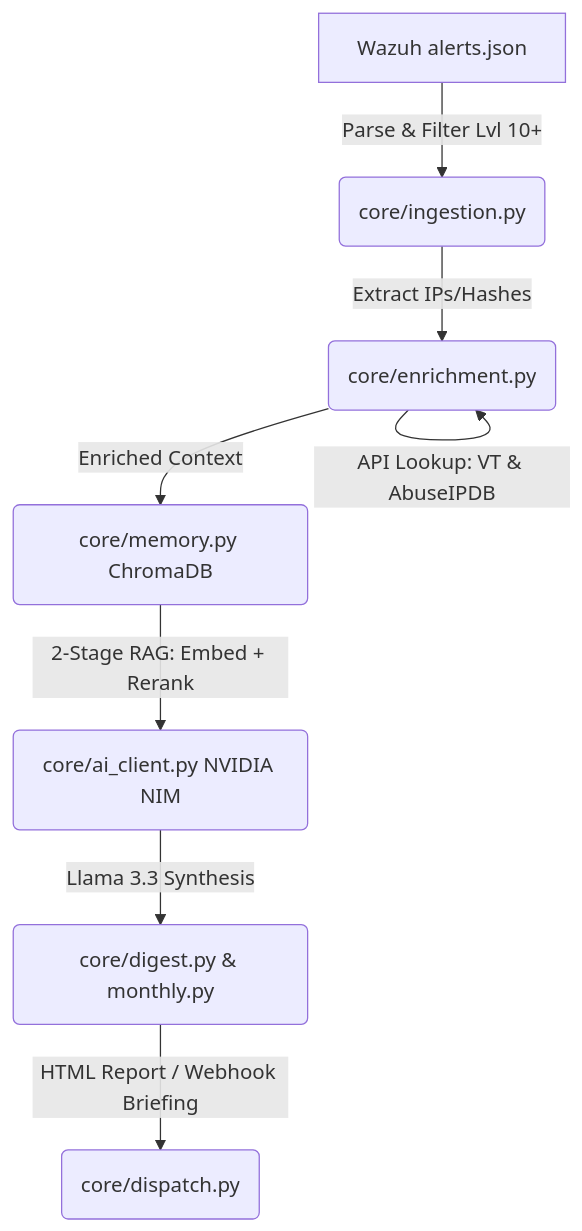
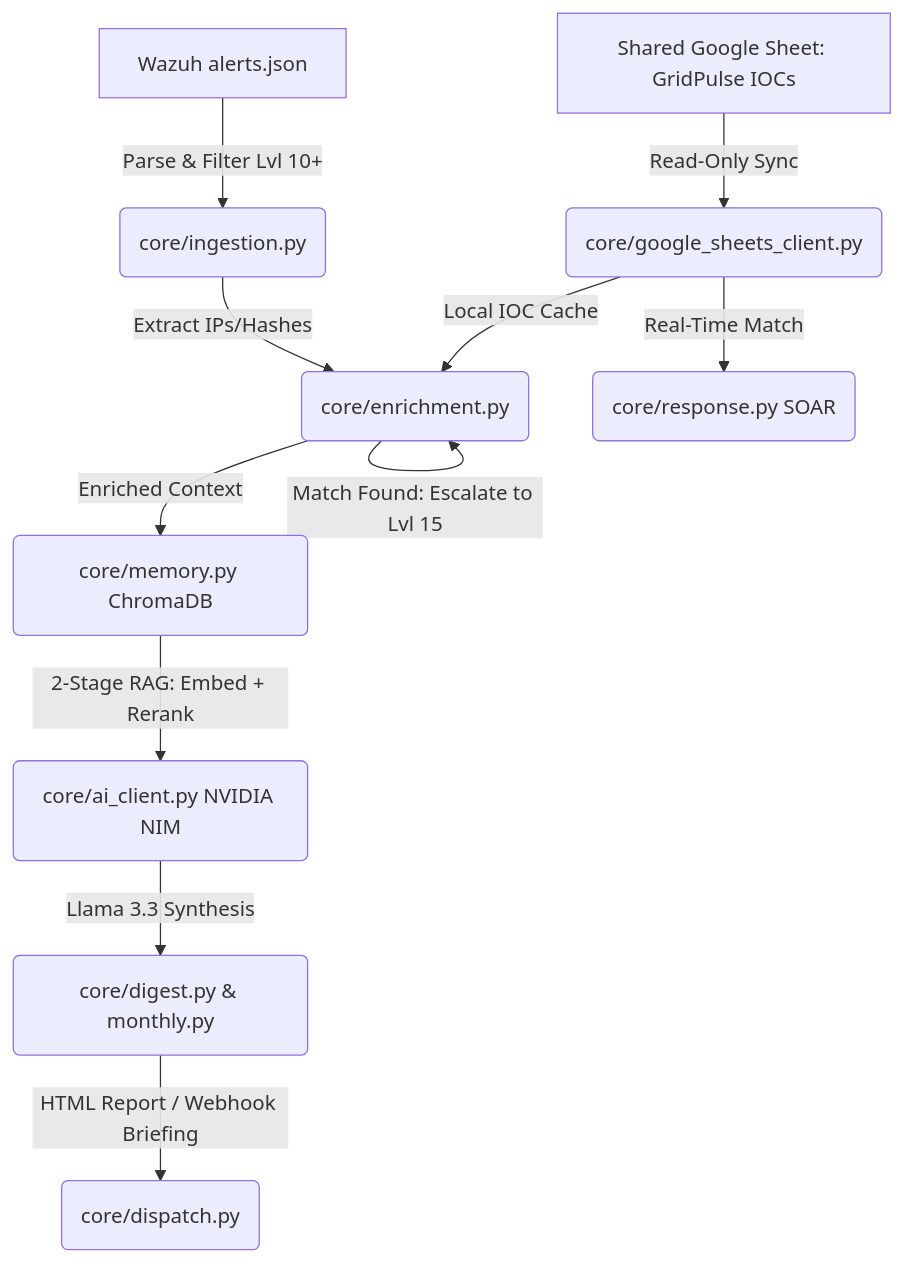
The diagram in README.md (a-defaultt/Sentinel), drawn with Mermaid before and after one commit. The commit also changed other lines of this file and 1 other file, not shown here.

First line of the commit message:
docs: reflect GridPulse IOC feed, SOAR guardrails, and container changes

````diff
--- a/README.md
+++ b/README.md
@@ -41,10 +44,14 @@
 ```mermaid
 graph TD
+    S[Shared Google Sheet: GridPulse IOCs] -->|Read-Only Sync| GS(core/google_sheets_client.py)
     A[Wazuh alerts.json] -->|Parse & Filter Lvl 10+| B(core/ingestion.py)
     B -->|Extract IPs/Hashes| C(core/enrichment.py)
     C -->|API Lookup: VT & AbuseIPDB| C
+    GS -->|Local IOC Cache| C
+    C -->|Match Found: Escalate to Lvl 15| C
     C -->|Enriched Context| D(core/memory.py ChromaDB)
     D -->|2-Stage RAG: Embed + Rerank| E(core/ai_client.py NVIDIA NIM)
     E -->|Llama 3.3 Synthesis| F(core/digest.py & monthly.py)
     F -->|HTML Report / Webhook Briefing| G(core/dispatch.py)
+    GS -->|Real-Time Match| R(core/response.py SOAR)
 ```
````
